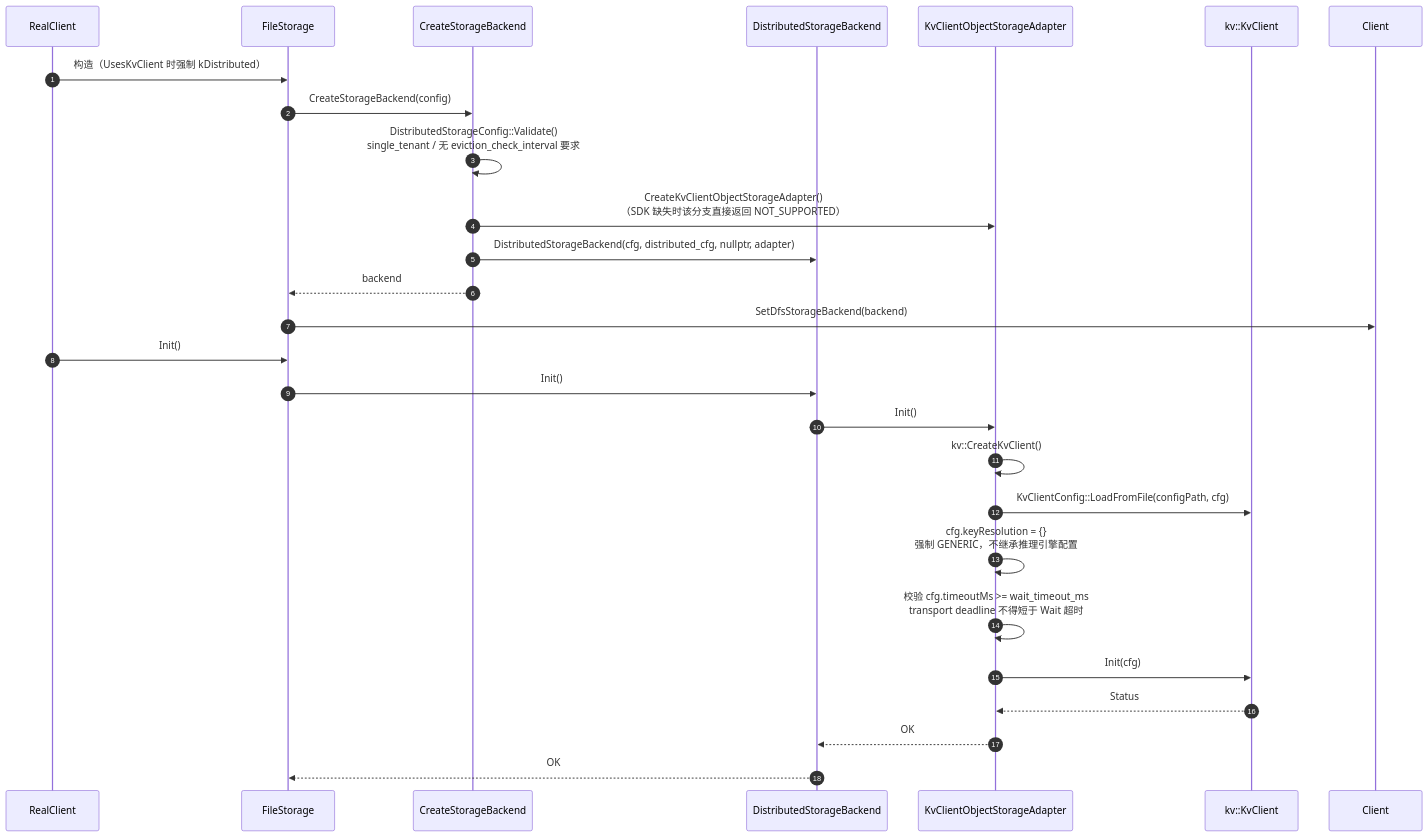
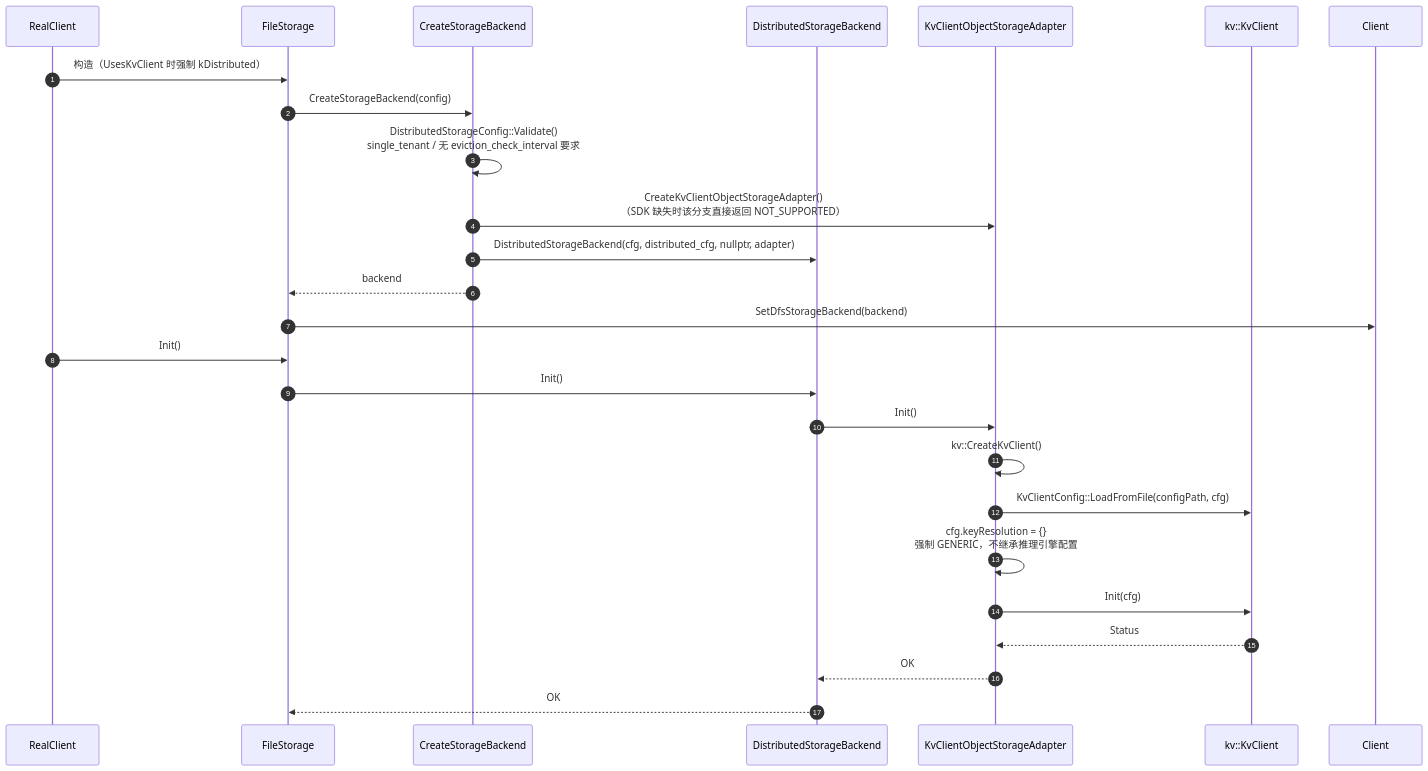
One commit to zwj20000328-dotcom/Mooncake-documents changed the eighth of 13 diagrams in Mooncake + KVClient L3 接入（Kvcs）- v3.md. Above: the diagram before and after it, drawn with Mermaid. The commit also changed other lines of this file and 3 other files, not shown here.

````diff
--- a/Mooncake + KVClient L3 接入（Kvcs）- v3.md
+++ b/Mooncake + KVClient L3 接入（Kvcs）- v3.md
@@ -561,30 +563,29 @@
 ```mermaid
 sequenceDiagram
     autonumber
     participant RC as RealClient
     participant FS as FileStorage
     participant F as CreateStorageBackend
     participant BE as DistributedStorageBackend
     participant AD as KvClientObjectStorageAdapter
     participant SDK as kv::KvClient
     participant C as Client
 
     RC->>FS: 构造（UsesKvClient 时强制 kDistributed）
     FS->>F: CreateStorageBackend(config)
     F->>F: DistributedStorageConfig::Validate()<br/>single_tenant / 无 eviction_check_interval 要求
     F->>AD: CreateKvClientObjectStorageAdapter()<br/>（SDK 缺失时该分支直接返回 NOT_SUPPORTED）
     F->>BE: DistributedStorageBackend(cfg, distributed_cfg, nullptr, adapter)
     F-->>FS: backend
     FS->>C: SetDfsStorageBackend(backend)
     RC->>FS: Init()
     FS->>BE: Init()
     BE->>AD: Init()
     AD->>AD: kv::CreateKvClient()
     AD->>SDK: KvClientConfig::LoadFromFile(configPath, cfg)
     AD->>AD: cfg.keyResolution = {}<br/>强制 GENERIC，不继承推理引擎配置
-    AD->>AD: 校验 cfg.timeoutMs >= wait_timeout_ms<br/>transport deadline 不得短于 Wait 超时
     AD->>SDK: Init(cfg)
     SDK-->>AD: Status
     AD-->>BE: OK
     BE-->>FS: OK
 ```
````
